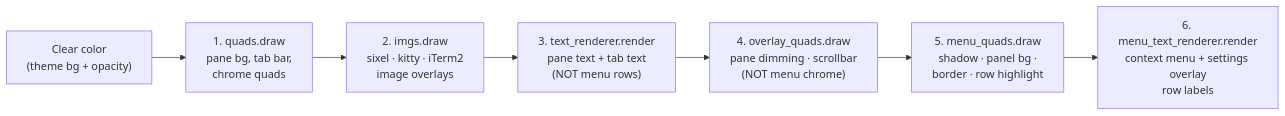
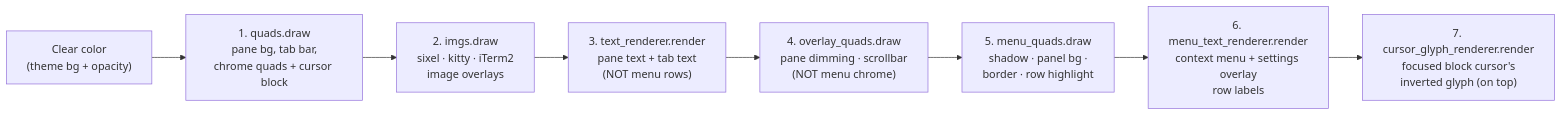
The fifth of 10 diagrams in docs/ARCHITECTURE.md (Reddimus/kettle), drawn with Mermaid before and after one commit. The commit also changed other lines of this file, not shown here.

First line of the commit message:
docs(architecture): 7th render pass (cursor glyph) + damage gate

````diff
--- a/docs/ARCHITECTURE.md
+++ b/docs/ARCHITECTURE.md
@@ -177,9 +177,10 @@
 ```mermaid
 flowchart LR
-    clear["Clear color<br/>(theme bg + opacity)"] --> quads["1. quads.draw<br/>pane bg, tab bar,<br/>chrome quads"]
+    clear["Clear color<br/>(theme bg + opacity)"] --> quads["1. quads.draw<br/>pane bg, tab bar,<br/>chrome quads + cursor block"]
     quads --> imgs["2. imgs.draw<br/>sixel · kitty · iTerm2<br/>image overlays"]
     imgs --> text["3. text_renderer.render<br/>pane text + tab text<br/>(NOT menu rows)"]
     text --> overlay["4. overlay_quads.draw<br/>pane dimming · scrollbar<br/>(NOT menu chrome)"]
     overlay --> menuq["5. menu_quads.draw<br/>shadow · panel bg ·<br/>border · row highlight"]
     menuq --> menut["6. menu_text_renderer.render<br/>context menu + settings overlay<br/>row labels"]
+    menut --> curg["7. cursor_glyph_renderer.render<br/>focused block cursor's<br/>inverted glyph (on top)"]
 ```
````
